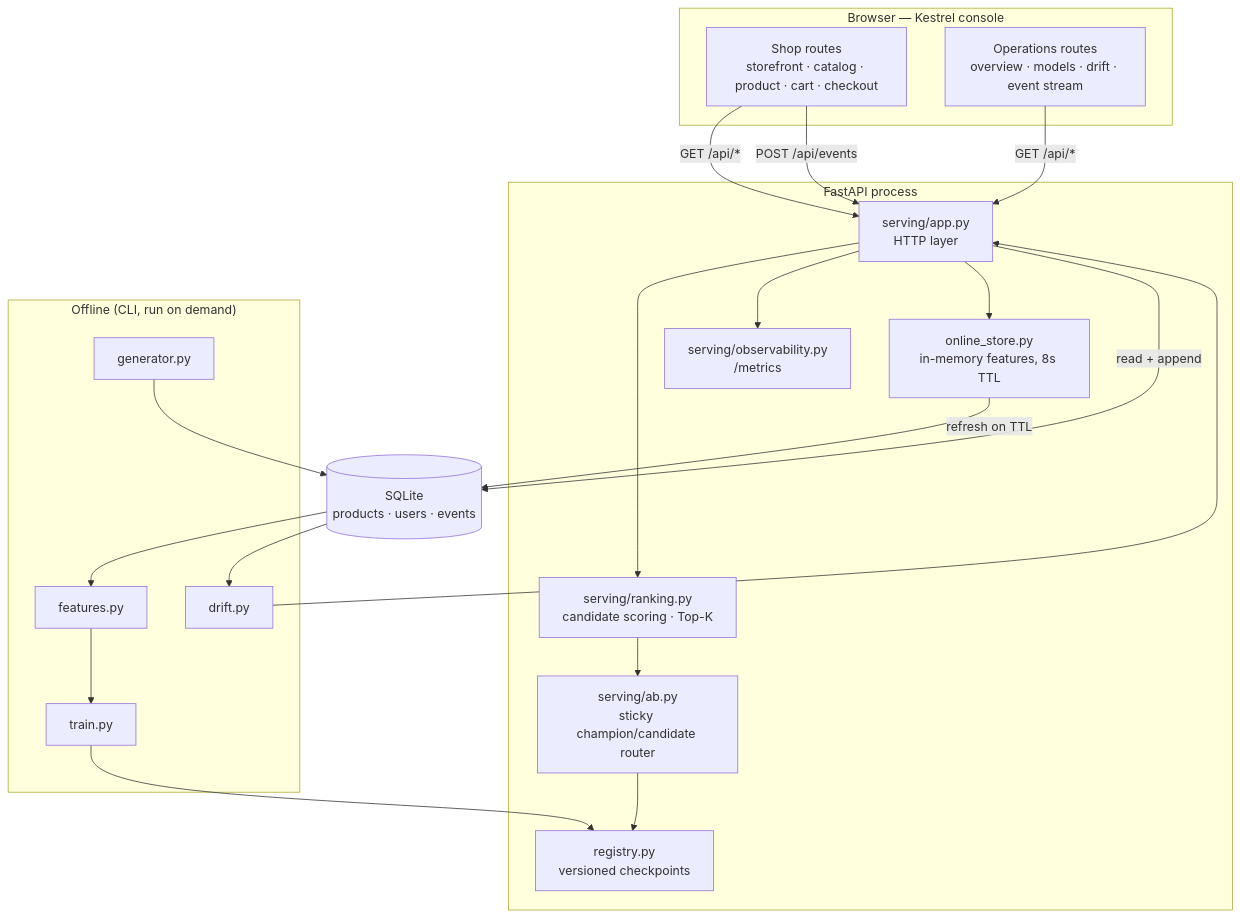
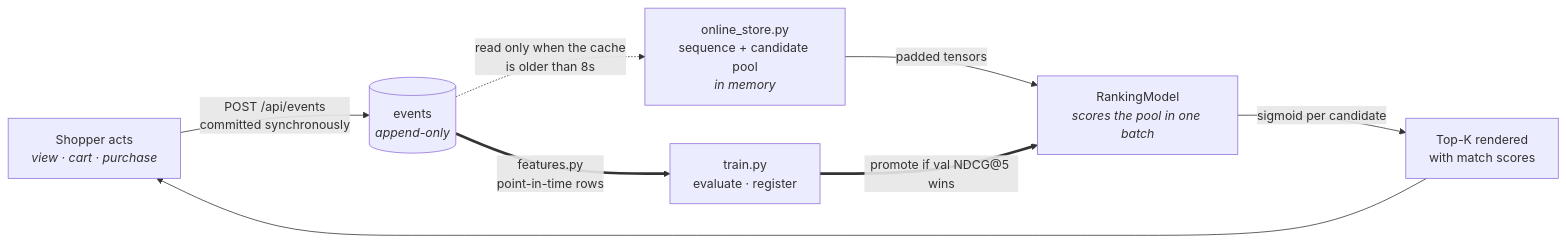
One commit to dzyuu1612/ecommerce-product-recommender changed the first of 6 diagrams in docs/ARCHITECTURE.md. Above: the diagram before and after it, drawn with Mermaid. The commit also changed other lines of this file and 4 other files, not shown here.

First line of the commit message:
Document the authorization model, and redraw the diagrams to show mechanism

````diff
--- a/docs/ARCHITECTURE.md
+++ b/docs/ARCHITECTURE.md
@@ -23,38 +31,21 @@
 ```mermaid
-flowchart TB
-    subgraph client["Browser — Kestrel console"]
-        shop["Shop routes<br/>storefront · catalog · product · cart · checkout"]
-        ops["Operations routes<br/>overview · models · drift · event stream"]
-    end
+flowchart LR
+    act["Shopper acts<br/><i>view · cart · purchase</i>"]
 
-    subgraph api["FastAPI process"]
-        routes["serving/app.py<br/>HTTP layer"]
-        rank["serving/ranking.py<br/>candidate scoring · Top-K"]
-        ab["serving/ab.py<br/>sticky champion/candidate router"]
-        obs["serving/observability.py<br/>/metrics"]
-        store["online_store.py<br/>in-memory features, 8s TTL"]
-        reg["registry.py<br/>versioned checkpoints"]
-    end
+    log[("events<br/><i>append-only</i>")]
 
-    db[("SQLite<br/>products · users · events")]
+    cache["online_store.py<br/>sequence + candidate pool<br/><i>in memory</i>"]
 
-    subgraph offline["Offline (CLI, run on demand)"]
-        gen["generator.py"]
-        feat["features.py"]
-        train["train.py"]
-        drift["drift.py"]
-    end
+    model["RankingModel<br/><i>scores the pool in one batch</i>"]
 
-    shop -->|"GET /api/*"| routes
-    ops -->|"GET /api/*"| routes
-    shop -->|"POST /api/events"| routes
-    routes --> rank --> ab
-    routes --> obs
-    routes --> store
-    ab --> reg
-    routes -->|read + append| db
-    store -->|"refresh on TTL"| db
-    gen --> db
-    db --> feat --> train --> reg
-    db --> drift --> routes
+    ui["Top-K rendered<br/>with match scores"]
+
+    act -->|"POST /api/events<br/>committed synchronously"| log
+    log -.->|"read only when the cache<br/>is older than 8s"| cache
+    cache -->|"padded tensors"| model
+    model -->|"sigmoid per candidate"| ui
+    ui --> act
+
+    log ==>|"features.py<br/>point-in-time rows"| train["train.py<br/>evaluate · register"]
+    train ==>|"promote if val NDCG@5 wins"| model
 ```
````
